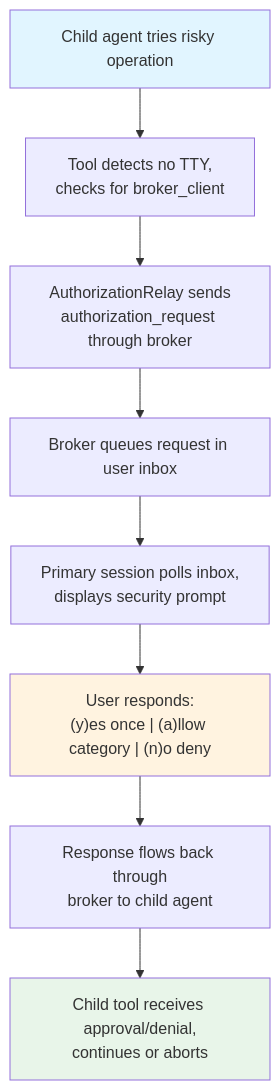
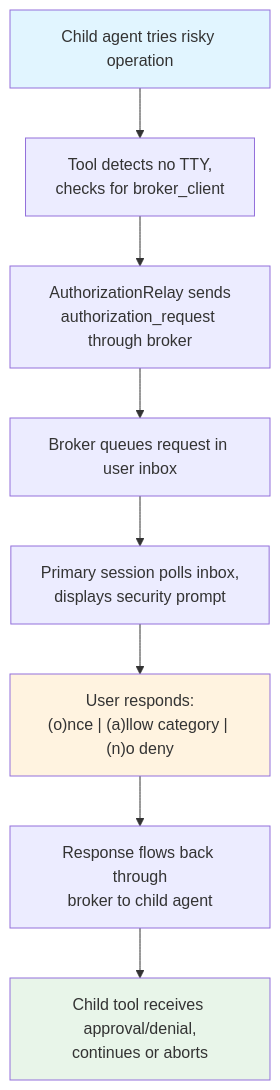
One commit to SyntheticAutonomicMind/CLIO changed the fourth of 5 diagrams in docs/MULTI_AGENT_COORDINATION.md. Above: the diagram before and after it, drawn with Mermaid. The commit also changed other lines of this file and 23 other files, not shown here.

````diff
--- a/docs/MULTI_AGENT_COORDINATION.md
+++ b/docs/MULTI_AGENT_COORDINATION.md
@@ -767,17 +767,17 @@
 ```mermaid
 graph TD
     Start["Child agent tries risky operation"]
     TTYCheck["Tool detects no TTY,<br/>checks for broker_client"]
     SendReq["AuthorizationRelay sends<br/>authorization_request through broker"]
     Queue["Broker queues request in user inbox"]
     Poll["Primary session polls inbox,<br/>displays security prompt"]
-    Respond["User responds:<br/>(y)es once | (a)llow category | (n)o deny"]
+    Respond["User responds:<br/>(o)nce | (a)llow category | (n)o deny"]
     Reply["Response flows back through<br/>broker to child agent"]
     Result["Child tool receives approval/denial,<br/>continues or aborts"]
 
     Start --> TTYCheck --> SendReq --> Queue --> Poll --> Respond --> Reply --> Result
 
     style Start fill:#e1f5ff
     style Respond fill:#fff3e0
     style Result fill:#e8f5e9
 ```
````
